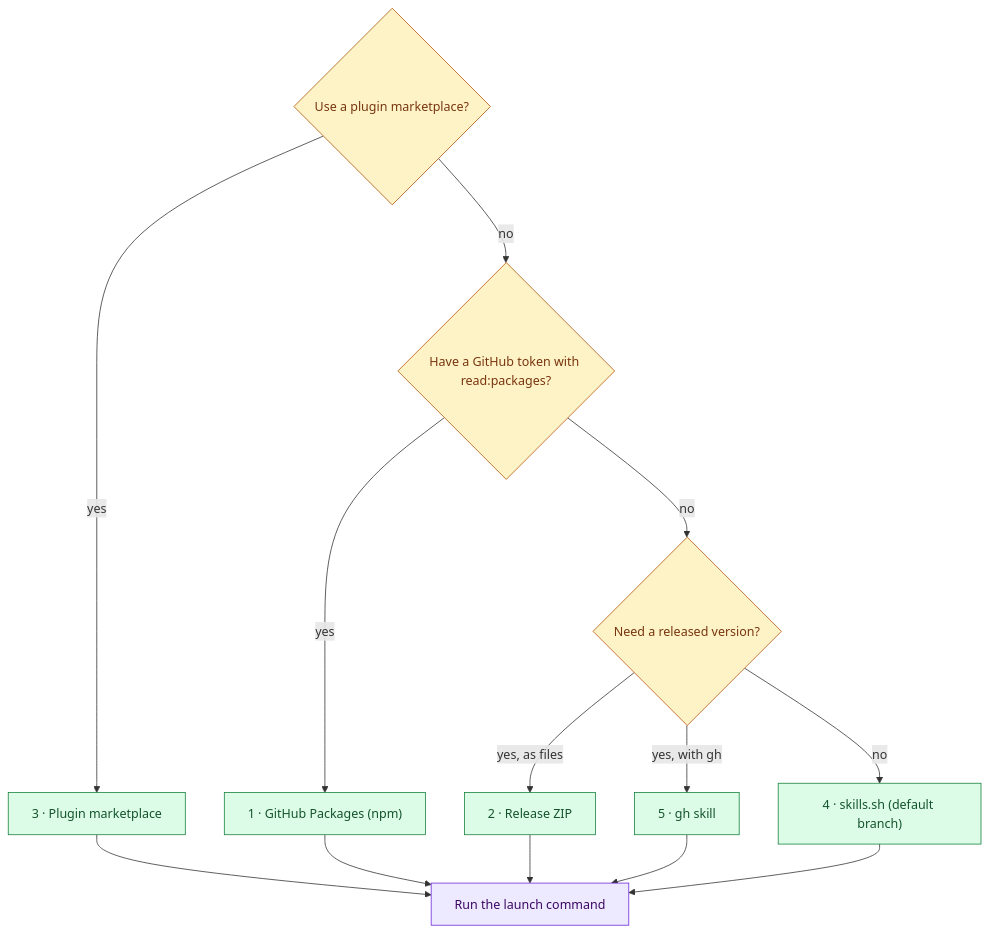
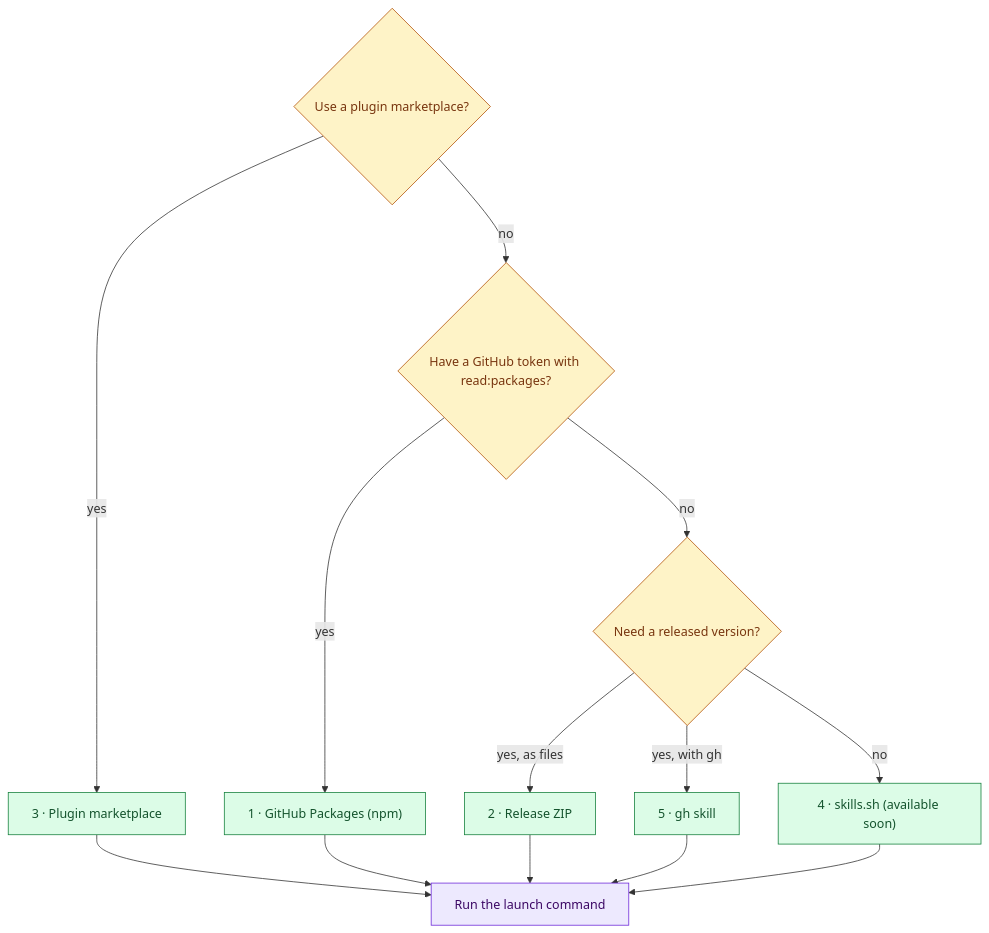
One commit to DataArt/artisyn-implementation-harness changed the diagram in docs/Harness/09 Distribution/01 Install.md. Above: the diagram before and after it, drawn with Mermaid. The commit also changed other lines of this file and 2 other files, not shown here.

First line of the commit message:
docs(distribution): one subsection per marketplace host; skills.sh marked available soon

````diff
--- a/docs/Harness/09 Distribution/01 Install.md
+++ b/docs/Harness/09 Distribution/01 Install.md
@@ -30,33 +30,33 @@
 ```mermaid
 flowchart TD
     Q1{"Use a plugin marketplace?"}
     Q2{"Have a GitHub token with read:packages?"}
     Q3{"Need a released version?"}
 
     MP["3 · Plugin marketplace"]
     NPM["1 · GitHub Packages (npm)"]
     ZIP["2 · Release ZIP"]
     GHS["5 · gh skill"]
-    SSH["4 · skills.sh (default branch)"]
+    SSH["4 · skills.sh (available soon)"]
     L["Run the launch command"]
 
     Q1 -->|yes| MP
     Q1 -->|no| Q2
     Q2 -->|yes| NPM
     Q2 -->|no| Q3
     Q3 -->|"yes, as files"| ZIP
     Q3 -->|"yes, with gh"| GHS
     Q3 -->|no| SSH
     MP --> L
     NPM --> L
     ZIP --> L
     GHS --> L
     SSH --> L
 
     classDef question fill:#fef3c7,stroke:#b45309,color:#78350f
     classDef channel fill:#dcfce7,stroke:#15803d,color:#14532d
     classDef consumer fill:#ede9fe,stroke:#6d28d9,color:#3b0764
     class Q1,Q2,Q3 question
     class MP,NPM,ZIP,GHS,SSH channel
     class L consumer
 ```
````
